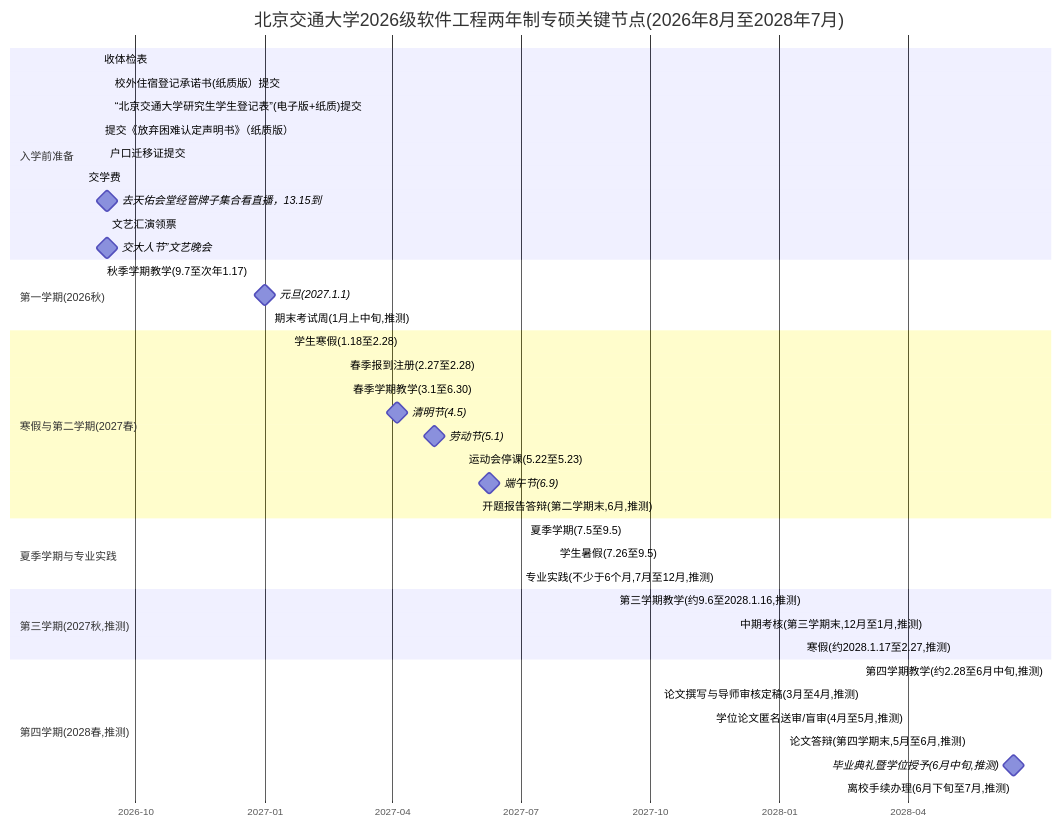
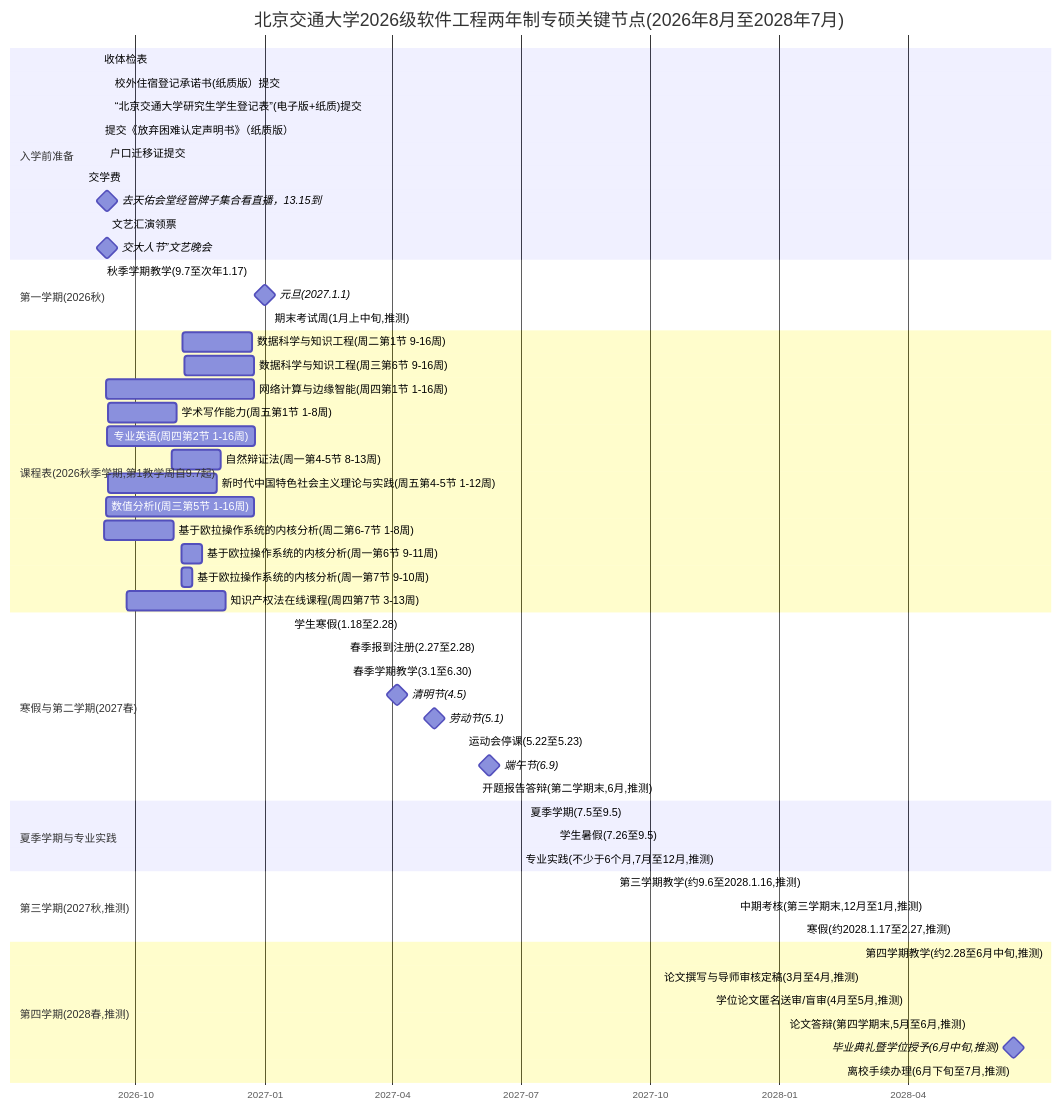
Before and after one commit to leo372239-1024/mermaid-gantt-share: the diagram in gantt.md, drawn with Mermaid. The commit also changed other lines of this file and 10 other files, not shown here.

````diff
--- a/gantt.md
+++ b/gantt.md
@@ -13,46 +18,59 @@
 ```mermaid
 gantt
     title 北京交通大学2026级软件工程两年制专硕关键节点(2026年8月至2028年7月)
     dateFormat YYYY-MM-DD HH:mm
     axisFormat %Y-%m
     section 入学前准备
     收体检表 :b1, 2026-09-05, 2026-09-07
     校外住宿登记承诺书(纸质版）提交 :b3, 2026-09-13, 0d
     “北京交通大学研究生学生登记表”(电子版+纸质)提交 :b4, 2026-09-13, 0d
     提交《放弃困难认定声明书》（纸质版） :b5, 2026-09-06, 0d
     户口迁移证提交 :b2, 2026-09-09, 0d
     交学费 :b6, 2026-08-25, 2026-09-09
     去天佑会堂经管牌子集合看直播，13.15到 :milestone, m12, 2026-09-10 13:00, 2026-09-10 13:00
     文艺汇演领票 :t25, 2026-09-10 14:00, 2026-09-10 17:00
     交大人节”文艺晚会 :milestone, b7, 2026-09-10 18:35, 2026-09-10 18:45
     section 报到与注册
     section 开学季事务(班级通知)
     section 第一学期(2026秋)
     秋季学期教学(9.7至次年1.17) :t7, 2026-09-07, 2027-01-17
     元旦(2027.1.1) :milestone, m7, 2027-01-01, 0d
     期末考试周(1月上中旬,推测) :crit, t8, 2027-01-04, 2027-01-15
+    section 课程表(2026秋季学期,第1教学周自9.7起)
+    数据科学与知识工程(周二第1节 9-16周) :k1, 2026-11-03 08:00, 2026-12-22 09:50
+    数据科学与知识工程(周三第6节 9-16周) :k2, 2026-11-04 19:00, 2026-12-23 20:50
+    网络计算与边缘智能(周四第1节 1-16周) :k3, 2026-09-10 08:00, 2026-12-24 09:50
+    学术写作能力(周五第1节 1-8周) :k4, 2026-09-11 08:00, 2026-10-30 09:50
+    专业英语(周四第2节 1-16周) :k5, 2026-09-10 10:10, 2026-12-24 12:00
+    自然辩证法(周一第4-5节 8-13周) :k6, 2026-10-26 14:10, 2026-11-30 18:10
+    新时代中国特色社会主义理论与实践(周五第4-5节 1-12周) :k7, 2026-09-11 14:10, 2026-11-27 18:10
+    数值分析I(周三第5节 1-16周) :k8, 2026-09-09 16:20, 2026-12-23 18:10
+    基于欧拉操作系统的内核分析(周二第6-7节 1-8周) :k9, 2026-09-08 19:00, 2026-10-27 21:50
+    基于欧拉操作系统的内核分析(周一第6节 9-11周) :k10, 2026-11-02 19:00, 2026-11-16 20:50
+    基于欧拉操作系统的内核分析(周一第7节 9-10周) :k11, 2026-11-02 21:00, 2026-11-09 21:50
+    知识产权法在线课程(周四第7节 3-13周) :k12, 2026-09-24 21:00, 2026-12-03 21:50
     section 寒假与第二学期(2027春)
     学生寒假(1.18至2.28) :t9, 2027-01-18, 2027-02-28
     春季报到注册(2.27至2.28) :t10, 2027-02-27, 2027-02-28
     春季学期教学(3.1至6.30) :t11, 2027-03-01, 2027-06-30
     清明节(4.5) :milestone, m8, 2027-04-05, 0d
     劳动节(5.1) :milestone, m9, 2027-05-01, 0d
     运动会停课(5.22至5.23) :t12, 2027-05-22, 2027-05-23
     端午节(6.9) :milestone, m10, 2027-06-09, 0d
     开题报告答辩(第二学期末,6月,推测) :crit, t13, 2027-06-01, 2027-06-30
     section 夏季学期与专业实践
     夏季学期(7.5至9.5) :t14, 2027-07-05, 2027-09-05
     学生暑假(7.26至9.5) :t15, 2027-07-26, 2027-09-05
     专业实践(不少于6个月,7月至12月,推测) :crit, t16, 2027-07-01, 2027-12-31
     section 第三学期(2027秋,推测)
     第三学期教学(约9.6至2028.1.16,推测) :t17, 2027-09-06, 2028-01-16
     中期考核(第三学期末,12月至1月,推测) :crit, t18, 2027-12-01, 2028-01-16
     寒假(约2028.1.17至2.27,推测) :t19, 2028-01-17, 2028-02-27
     section 第四学期(2028春,推测)
     第四学期教学(约2.28至6月中旬,推测) :t20, 2028-02-28, 2028-06-15
     论文撰写与导师审核定稿(3月至4月,推测) :t21, 2028-03-01, 2028-04-30
     学位论文匿名送审/盲审(4月至5月,推测) :crit, t22, 2028-04-01, 2028-05-15
     论文答辩(第四学期末,5月至6月,推测) :crit, t23, 2028-05-16, 2028-06-10
     毕业典礼暨学位授予(6月中旬,推测) :milestone, m11, 2028-06-15, 0d
     离校手续办理(6月下旬至7月,推测) :t24, 2028-06-16, 2028-07-30
 ```
````
